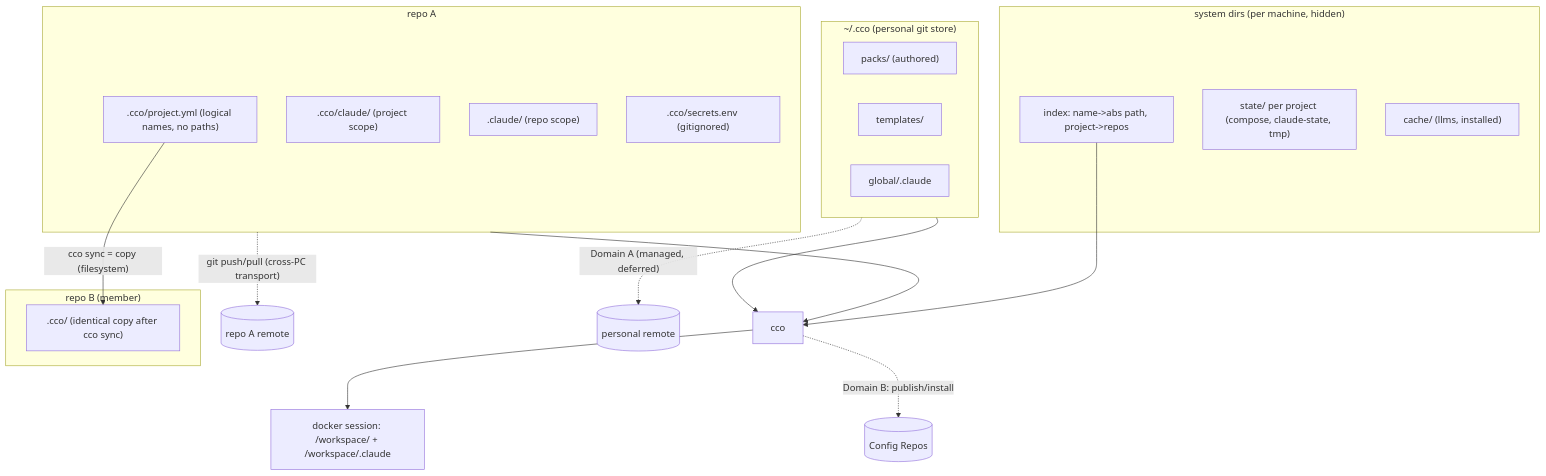
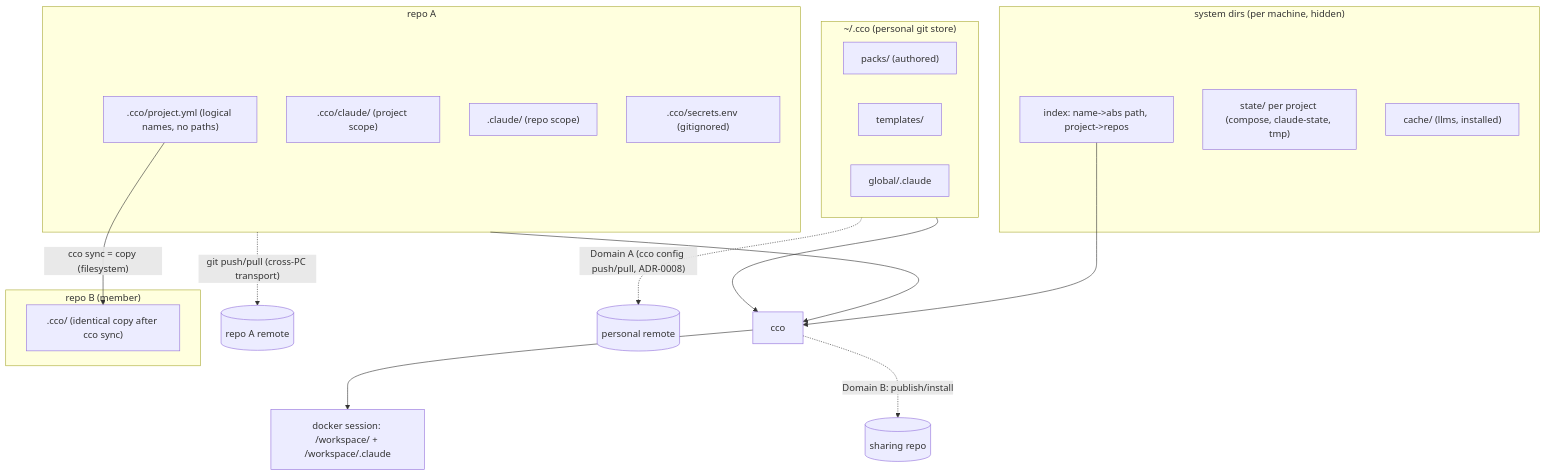
Before and after one commit to alergyonthestage/claude-orchestrator: the first of 3 diagrams in docs/maintainer/configuration/decentralized-config/design.md, drawn with Mermaid. The commit also changed other lines of this file and 3 other files, not shown here.

````diff
--- a/docs/maintainer/configuration/decentralized-config/design.md
+++ b/docs/maintainer/configuration/decentralized-config/design.md
@@ -35,30 +37,30 @@
 ```mermaid
 flowchart TB
   subgraph repoA["repo A"]
     A1[".cco/project.yml (logical names, no paths)"]
     A2[".cco/claude/ (project scope)"]
     A3[".claude/ (repo scope)"]
     A4[".cco/secrets.env (gitignored)"]
   end
   subgraph repoB["repo B (member)"]
     B1[".cco/ (identical copy after cco sync)"]
   end
   subgraph sys["system dirs (per machine, hidden)"]
     IDX["index: name->abs path, project->repos"]
     ST["state/ per project (compose, claude-state, tmp)"]
     CA["cache/ (llms, installed)"]
   end
   subgraph home["~/.cco (personal git store)"]
     P["packs/ (authored)"]
     T["templates/"]
     G["global/.claude"]
   end
   A1 -- "cco sync = copy (filesystem)" --> B1
   IDX --> CCO[cco]
   repoA --> CCO
   home --> CCO
   CCO --> SESS["docker session: /workspace/<repo> + /workspace/.claude"]
   repoA -. "git push/pull (cross-PC transport)" .-> REM[(repo A remote)]
-  home -. "Domain A (managed, deferred)" .-> PREM[(personal remote)]
-  CCO -. "Domain B: publish/install" .-> CR[(Config Repos)]
+  home -. "Domain A (cco config push/pull, ADR-0008)" .-> PREM[(personal remote)]
+  CCO -. "Domain B: publish/install" .-> CR[(sharing repo)]
 ```
````
